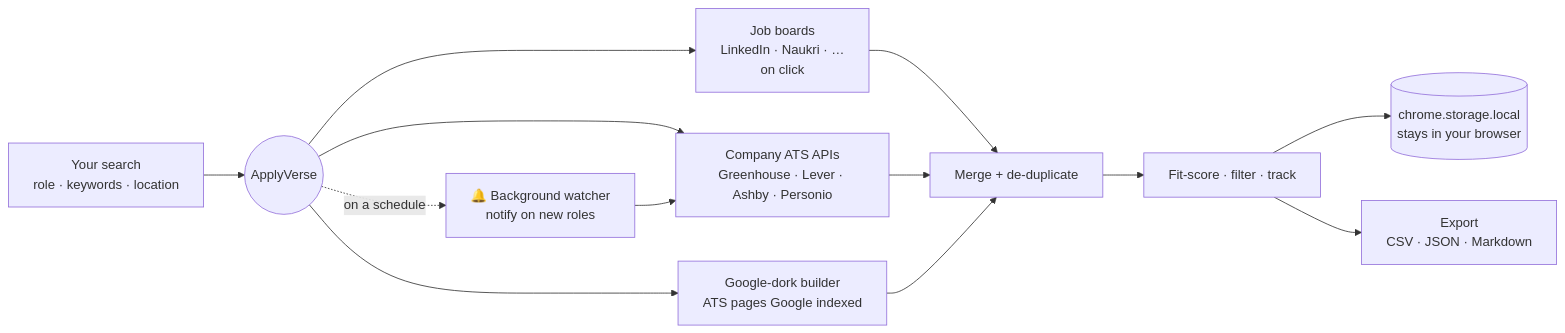
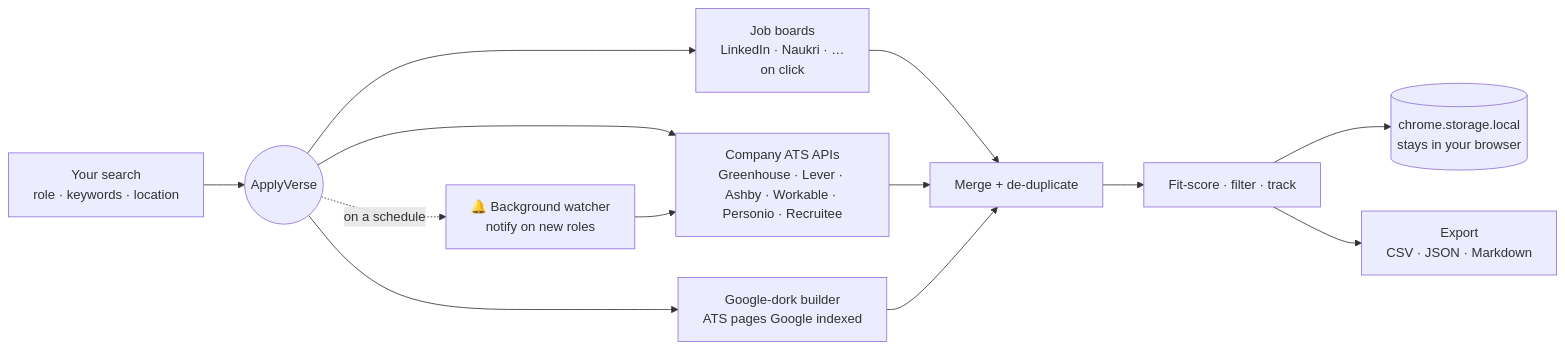
Before and after one commit to theabhishekchandra/ApplyVerse: the diagram in README.md, drawn with Mermaid. The commit also changed other lines of this file and 11 other files, not shown here.

````diff
--- a/README.md
+++ b/README.md
@@ -90,15 +90,15 @@
 ```mermaid
 flowchart LR
   A["Your search<br/>role · keywords · location"] --> B((ApplyVerse))
   B --> C["Job boards<br/>LinkedIn · Naukri · …<br/>on click"]
-  B --> D["Company ATS APIs<br/>Greenhouse · Lever · Ashby · Personio"]
+  B --> D["Company ATS APIs<br/>Greenhouse · Lever · Ashby · Workable · Personio · Recruitee"]
   B --> E["Google-dork builder<br/>ATS pages Google indexed"]
   C --> F["Merge + de-duplicate"]
   D --> F
   E --> F
   F --> G["Fit-score · filter · track"]
   G --> H[("chrome.storage.local<br/>stays in your browser")]
   G --> I["Export<br/>CSV · JSON · Markdown"]
   B -. "on a schedule" .-> J["🔔 Background watcher<br/>notify on new roles"]
   J --> D
 ```
````
